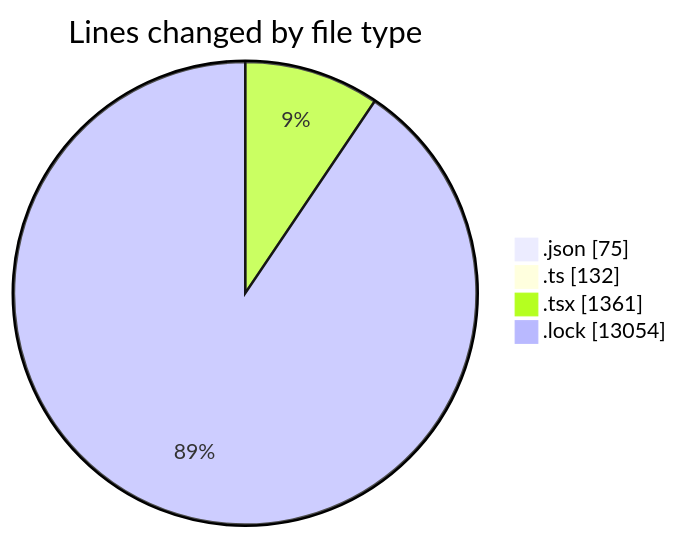
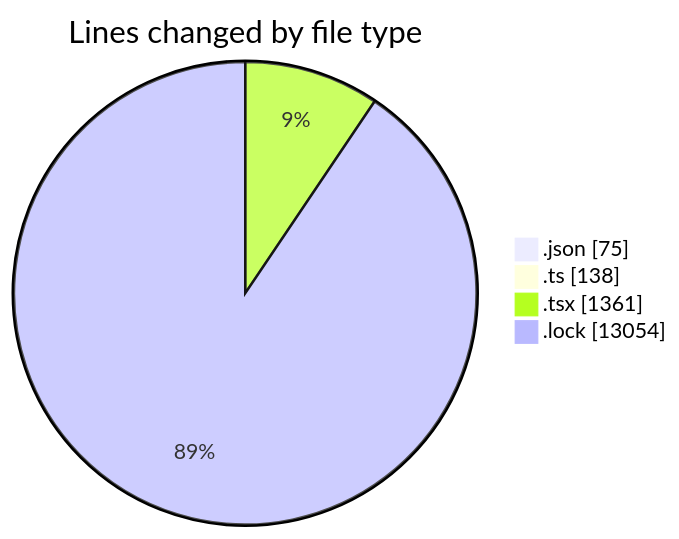
Before and after one commit to momahboobian/code-tracking: the first of 2 diagrams in 2025-05-07/cda/README.md, drawn with Mermaid. The commit also changed other lines of this file and 1 other file, not shown here.

````diff
--- a/2025-05-07/cda/README.md
+++ b/2025-05-07/cda/README.md
@@ -35,8 +36,8 @@
 ```mermaid
 pie showData
 title Lines changed by file type
 ".json" : 75
-".ts" : 132
+".ts" : 138
 ".tsx" : 1361
 ".lock" : 13054
 ```
````
